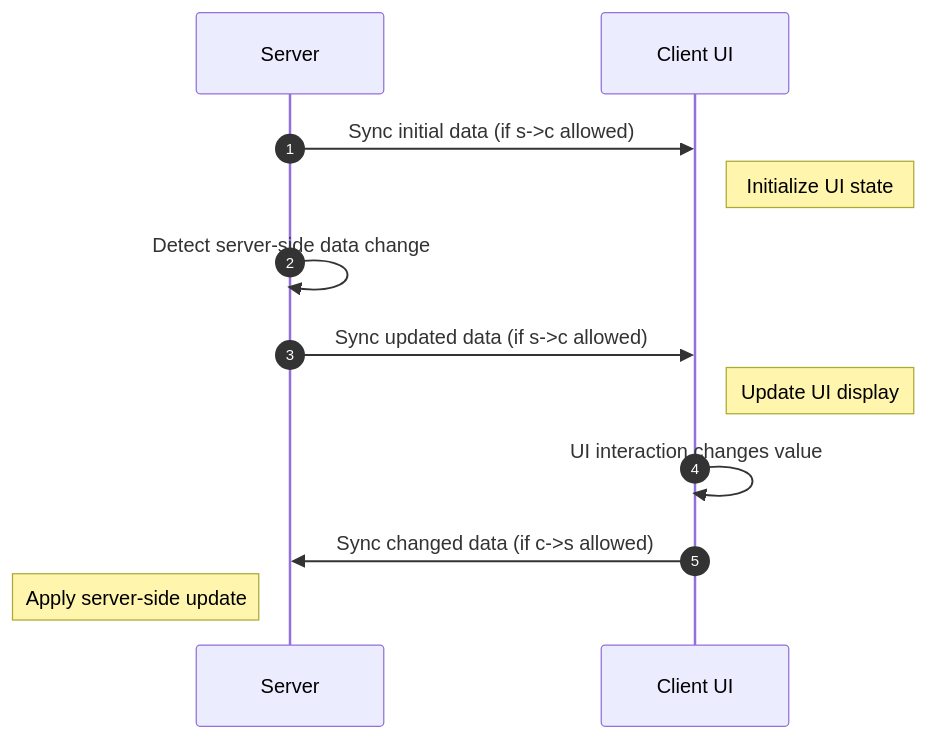
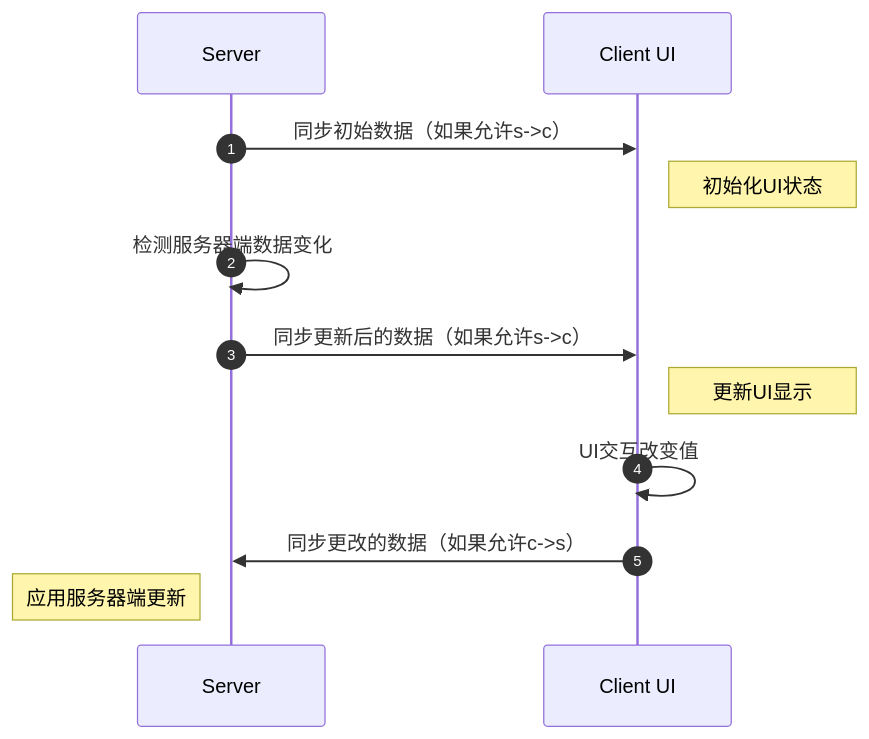
The diagram in docs/zh/ldlib2/ui/preliminary/data_bindings.md (MineYuanlu/LowDragMC-Doc), drawn with Mermaid before and after one commit. The commit also changed other lines of this file and 17 other files, not shown here.

````diff
--- a/docs/zh/ldlib2/ui/preliminary/data_bindings.md
+++ b/docs/zh/ldlib2/ui/preliminary/data_bindings.md
@@ -115,14 +105,14 @@
 ```mermaid
 sequenceDiagram
   autonumber
-  Server->>Client UI: Sync initial data (if s->c allowed)
-  Note right of Client UI: Initialize UI state
-  Server->>Server: Detect server-side data change
-  Server->>Client UI: Sync updated data (if s->c allowed)
-  Note right of Client UI: Update UI display
+  Server->>Client UI: 同步初始数据（如果允许s->c）
+  Note right of Client UI: 初始化UI状态
+  Server->>Server: 检测服务器端数据变化
+  Server->>Client UI: 同步更新后的数据（如果允许s->c）
+  Note right of Client UI: 更新UI显示
 
-  Client UI->>Client UI: UI interaction changes value
-  Client UI->>Server: Sync changed data (if c->s allowed)
-  Note left of Server: Apply server-side update
+  Client UI->>Client UI: UI交互改变值
+  Client UI->>Server: 同步更改的数据（如果允许c->s）
+  Note left of Server: 应用服务器端更新
 
 ```
````
